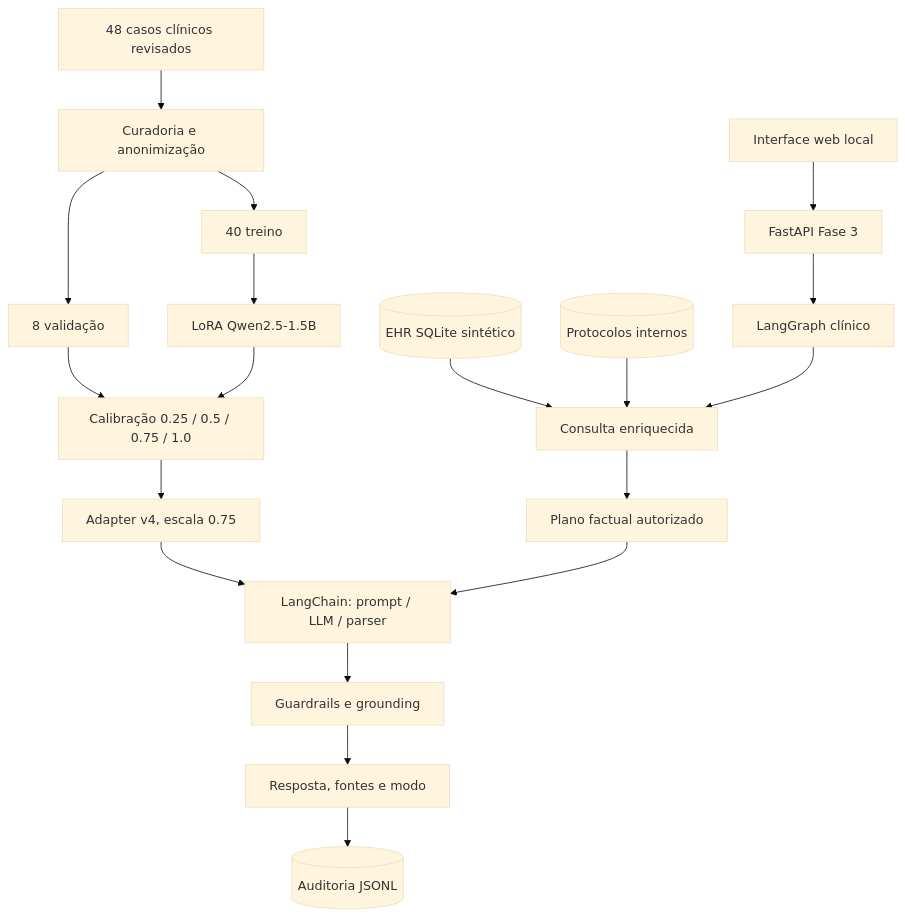
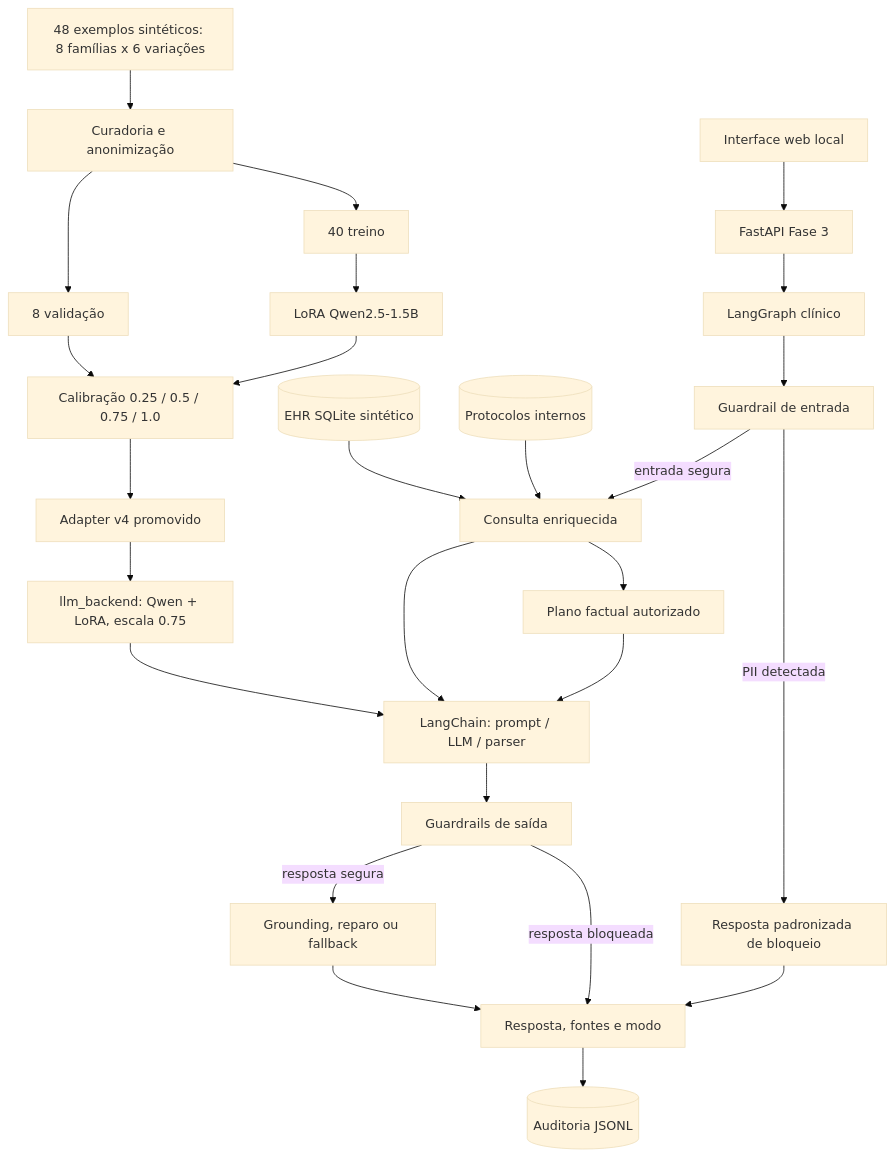
The first of 2 diagrams in docs/arquitetura_fase3.md (netomantonio/tech-challenge-1), drawn with Mermaid (base theme) before and after one commit. The commit also changed other lines of this file and 3 other files, not shown here.

````diff
--- a/docs/arquitetura_fase3.md
+++ b/docs/arquitetura_fase3.md
@@ -9,22 +9,29 @@
 ```mermaid
 flowchart TD
-    D[48 casos clínicos revisados] --> B[Curadoria e anonimização]
+    D[48 exemplos sintéticos: 8 famílias x 6 variações] --> B[Curadoria e anonimização]
     B --> T[40 treino]
     B --> V[8 validação]
     T --> L[LoRA Qwen2.5-1.5B]
     V --> C[Calibração 0.25 / 0.5 / 0.75 / 1.0]
     L --> C
-    C --> A[Adapter v4, escala 0.75]
+    C --> A[Adapter v4 promovido]
+    A --> BACKEND[llm_backend: Qwen + LoRA, escala 0.75]
 
     EHR[(EHR SQLite sintético)] --> R[Consulta enriquecida]
     P[(Protocolos internos)] --> R
     UI[Interface web local] --> API[FastAPI Fase 3]
     API --> FLOW[LangGraph clínico]
-    FLOW --> R
+    FLOW --> INPUT[Guardrail de entrada]
+    INPUT -->|PII detectada| BLOCK[Resposta padronizada de bloqueio]
+    INPUT -->|entrada segura| R
     R --> PLAN[Plano factual autorizado]
-    A --> CHAIN[LangChain: prompt / LLM / parser]
+    R --> CHAIN[LangChain: prompt / LLM / parser]
     PLAN --> CHAIN
-    CHAIN --> G[Guardrails e grounding]
-    G --> OUT[Resposta, fontes e modo]
+    BACKEND --> CHAIN
+    CHAIN --> SG[Guardrails de saída]
+    SG -->|resposta bloqueada| OUT[Resposta, fontes e modo]
+    SG -->|resposta segura| G[Grounding, reparo ou fallback]
+    G --> OUT
+    BLOCK --> OUT
     OUT --> LOG[(Auditoria JSONL)]
 ```
````
